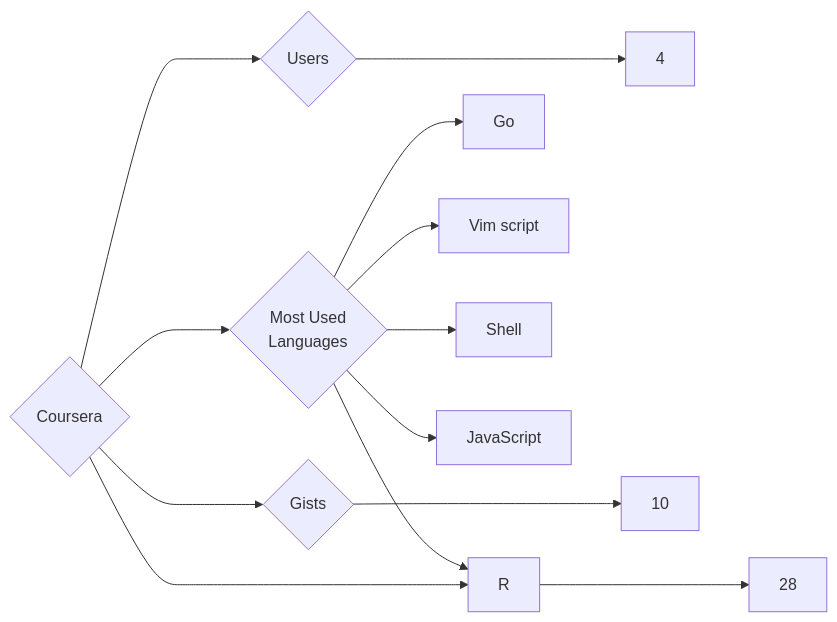
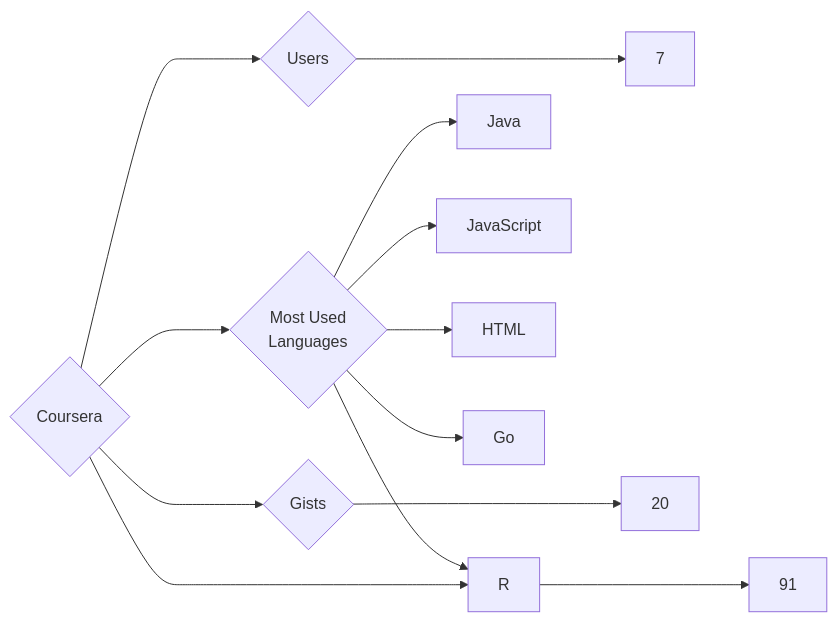
Before and after one commit to trickest/insiders: the diagram in targets/Coursera/README.md, drawn with Mermaid. The commit also changed 927 other files, not shown here.

````diff
--- a/targets/Coursera/README.md
+++ b/targets/Coursera/README.md
@@ -3,13 +3,13 @@
 ```mermaid
 graph LR
 COMPANY_NAME{Coursera}
-COMPANY_NAME ---> U{Users} ---> UN[4]
-COMPANY_NAME ---> R{Repositories} ---> RN[28]
-COMPANY_NAME ---> G{Gists} ---> GN[10]
+COMPANY_NAME ---> U{Users} ---> UN[7]
+COMPANY_NAME ---> R{Repositories} ---> RN[91]
+COMPANY_NAME ---> G{Gists} ---> GN[20]
 COMPANY_NAME ---> ML{Most Used<br>Languages}
+ML --> Java[Java]
+ML --> JavaScript[JavaScript]
+ML --> HTML[HTML]
+ML --> R[R]
 ML --> Go[Go]
-ML --> Vim_script[Vim script]
-ML --> Shell[Shell]
-ML --> R[R]
-ML --> JavaScript[JavaScript]
 ```
````
